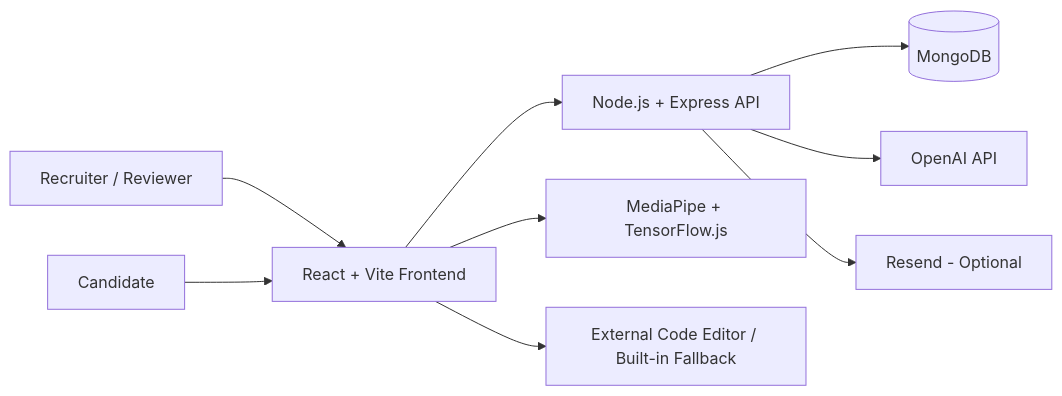
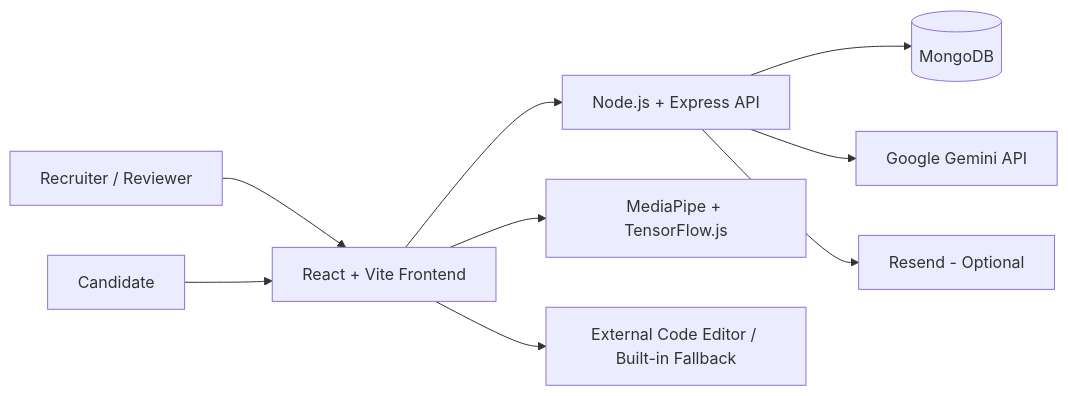
The diagram in README.md (YashAgarwal-31/AI-Interviewer), drawn with Mermaid before and after one commit. The commit also changed other lines of this file and 13 other files, not shown here.

Commit message:
feat: migrate AI integration to Google Gemini

````diff
--- a/README.md
+++ b/README.md
@@ -60,11 +60,11 @@
 ```mermaid
 flowchart LR
     R[Recruiter / Reviewer] --> FE[React + Vite Frontend]
     C[Candidate] --> FE
     FE --> API[Node.js + Express API]
     API --> DB[(MongoDB)]
-    API --> AI[OpenAI API]
+    API --> AI[Google Gemini API]
     API --> EMAIL[Resend - Optional]
     FE --> ML[MediaPipe + TensorFlow.js]
     FE --> EDITOR[External Code Editor / Built-in Fallback]
 ```
````
